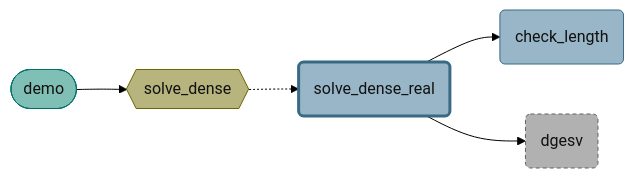
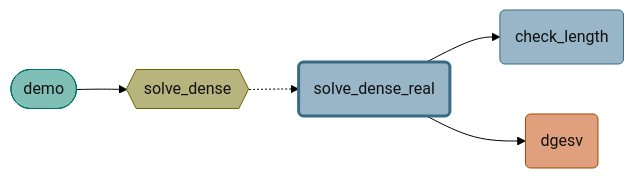
The second of 3 diagrams in docs/content/docs/showcase/modern/solver_kernels_lapack.mdx (Nevensky/fumadocs-fortran), drawn with Mermaid (forest theme) before and after one commit. The commit also changed other lines of this file and 35 other files, not shown here.

````diff
--- a/docs/content/docs/showcase/modern/solver_kernels_lapack.mdx
+++ b/docs/content/docs/showcase/modern/solver_kernels_lapack.mdx
@@ -80,27 +80,27 @@
 ```mermaid
 flowchart LR
   classDef fdfProgram fill:#80bfb6,stroke:#00736a,color:#111111
   classDef fdfProcedure fill:#98b6c8,stroke:#386a86,color:#111111
   classDef fdfGeneric fill:#b7b47e,stroke:#6d6600,color:#111111
-  classDef fdfExternal fill:#b1b1b1,stroke:#636363,color:#111111,stroke-dasharray:4 3
+  classDef fdfLapack fill:#e0a07d,stroke:#9c4700,color:#111111
   classDef fdfFocus stroke-width:3px
   n1("solve_dense_real")
   n2("check_length")
   n3("dgesv")
   n4{{"solve_dense"}}
   n5(["demo"])
   n1 --> n2
   n1 --> n3
   n4 -.-> n1
   n5 --> n4
   class n1 fdfProcedure
   class n1 fdfFocus
   class n2 fdfProcedure
-  class n3 fdfExternal
+  class n3 fdfLapack
   class n4 fdfGeneric
   class n5 fdfProgram
   click n1 href "/docs/showcase/modern/solver_kernels_lapack#solve_dense_real"
   click n2 href "/docs/showcase/modern/solver_kernels#check_length"
   click n4 href "/docs/showcase/modern/solver_kernels#solve_dense"
   click n5 href "/docs/showcase/modern/demo"
 ```
````
